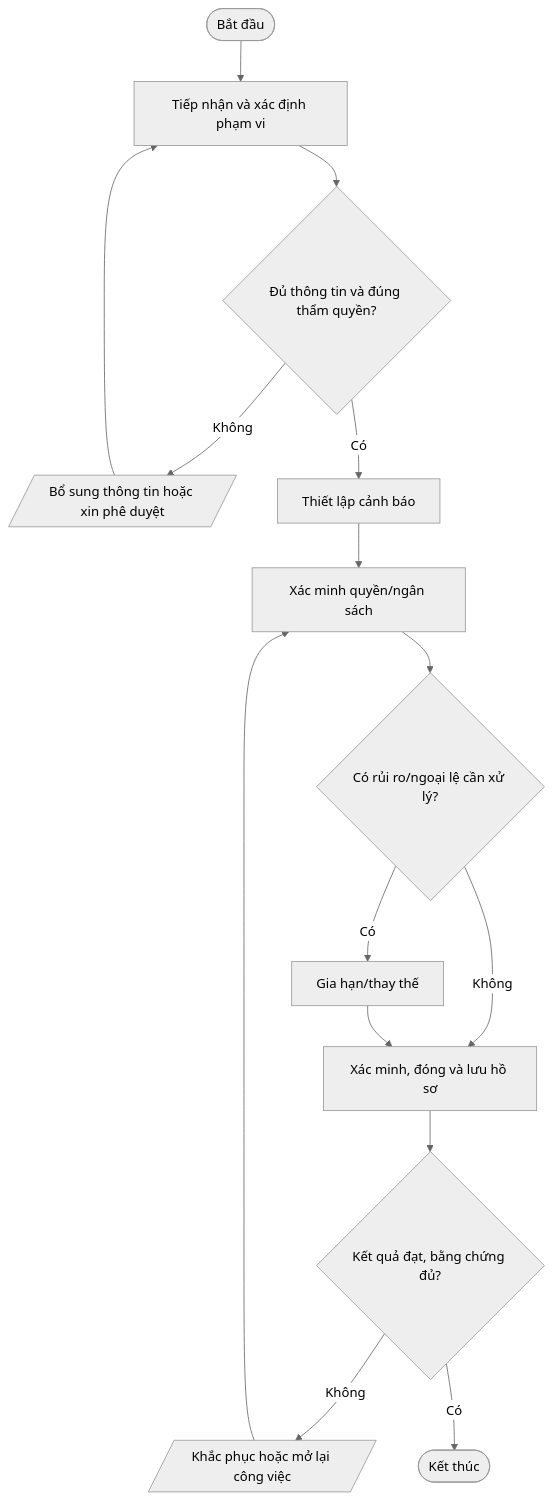
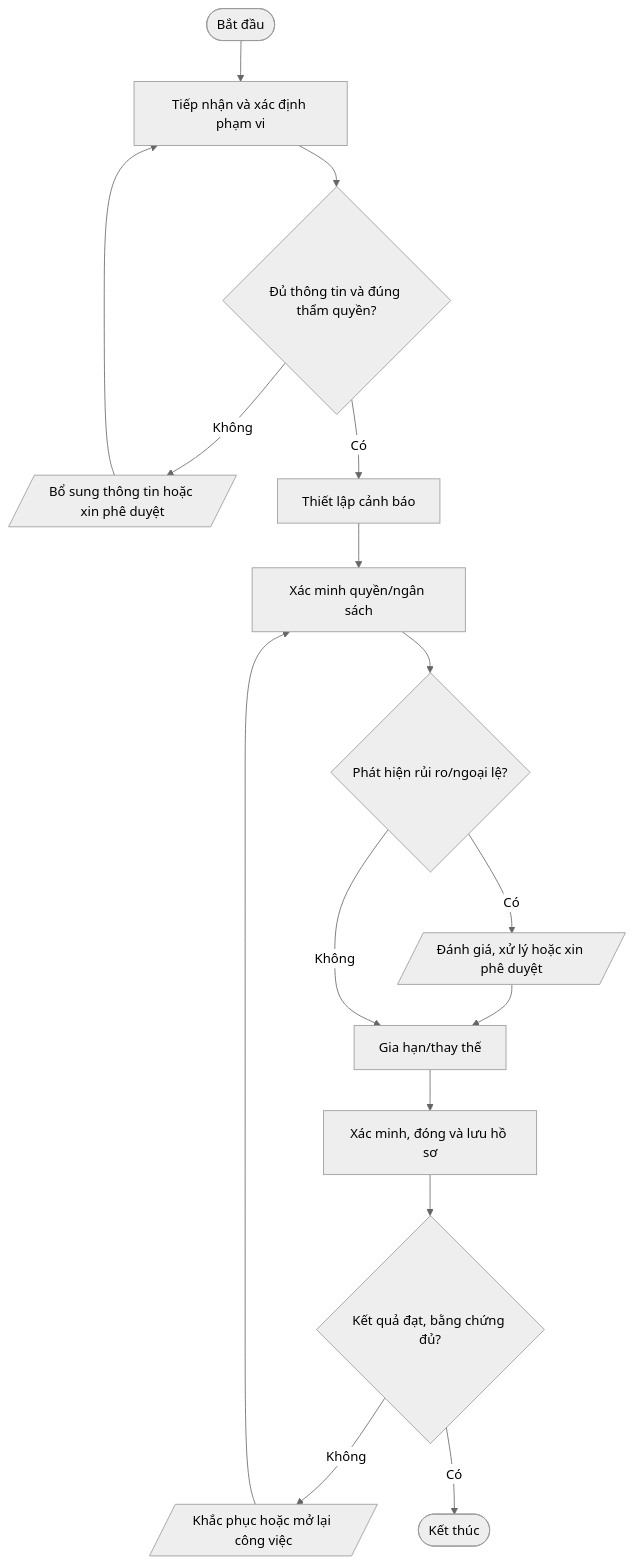
One commit to daoaigiangnam/Quy_Trinh_Chuan changed the fifth of 5 diagrams in quy-trinh/04-Backup-BCP-DR/README.md. Above: the diagram before and after it, drawn with Mermaid (neutral theme). The commit also changed other lines of this file, not shown here.

Commit message:
docs: correct procedure flowchart decision paths

````diff
--- a/quy-trinh/04-Backup-BCP-DR/README.md
+++ b/quy-trinh/04-Backup-BCP-DR/README.md
@@ -403,17 +407,18 @@
 ```mermaid
 flowchart TD
   A([Bắt đầu]) --> S1["Tiếp nhận và xác định phạm vi"]
   S1 --> D1{"Đủ thông tin và đúng thẩm quyền?"}
   D1 -- Không --> F1[/"Bổ sung thông tin hoặc xin phê duyệt"/]
   F1 --> S1
   D1 -- Có --> S2["Thiết lập cảnh báo"]
   S2 --> S3["Xác minh quyền/ngân sách"]
-  S3 --> D2{"Có rủi ro/ngoại lệ cần xử lý?"}
-  D2 -- Có --> S4["Gia hạn/thay thế"]
-  D2 -- Không --> S5["Xác minh, đóng và lưu hồ sơ"]
-  S4 --> S5
+  S3 --> D2{"Phát hiện rủi ro/ngoại lệ?"}
+  D2 -- Có --> RISK[/"Đánh giá, xử lý hoặc xin phê duyệt"/]
+  RISK --> S4["Gia hạn/thay thế"]
+  D2 -- Không --> S4
+  S4 --> S5["Xác minh, đóng và lưu hồ sơ"]
   S5 --> D3{"Kết quả đạt, bằng chứng đủ?"}
   D3 -- Không --> R[/"Khắc phục hoặc mở lại công việc"/]
   R --> S3
   D3 -- Có --> Z([Kết thúc])
 ```
````
